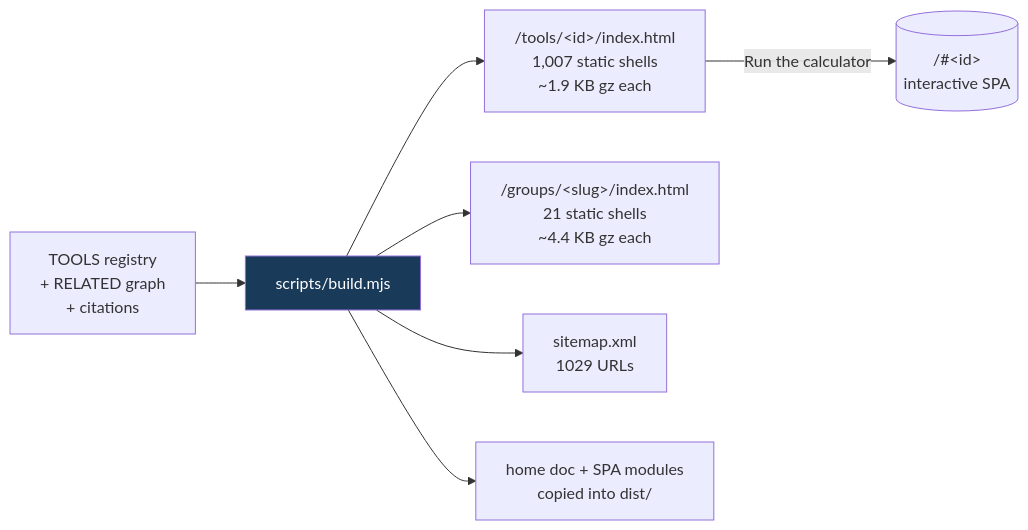
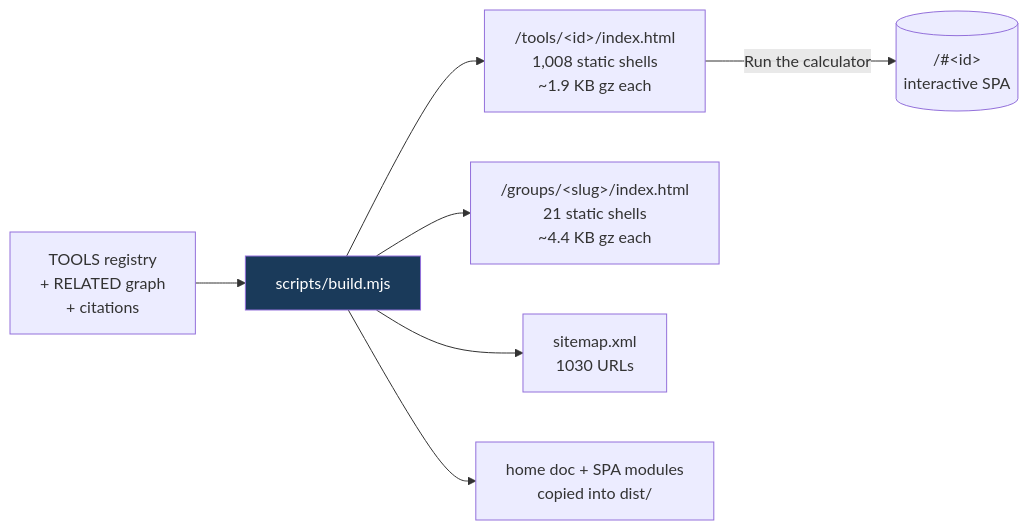
The fifth of 8 diagrams in README.md (clay-good/roughlogic.com), drawn with Mermaid before and after one commit. The commit also changed other lines of this file and 12 other files, not shown here.

````diff
--- a/README.md
+++ b/README.md
@@ -495,10 +495,10 @@
 ```mermaid
 flowchart LR
     SRC[TOOLS registry\n+ RELATED graph\n+ citations] --> BUILD[scripts/build.mjs]
-    BUILD --> TILE["/tools/&lt;id&gt;/index.html\n1,007 static shells\n~1.9 KB gz each"]
+    BUILD --> TILE["/tools/&lt;id&gt;/index.html\n1,008 static shells\n~1.9 KB gz each"]
     BUILD --> GROUP["/groups/&lt;slug&gt;/index.html\n21 static shells\n~4.4 KB gz each"]
-    BUILD --> MAP["sitemap.xml\n1029 URLs"]
+    BUILD --> MAP["sitemap.xml\n1030 URLs"]
     BUILD --> COPY[home doc + SPA modules\ncopied into dist/]
     TILE -->|Run the calculator| SPA[("/#&lt;id&gt;\ninteractive SPA")]
     style BUILD fill:#1a3a5a,color:#fff
 ```
````
